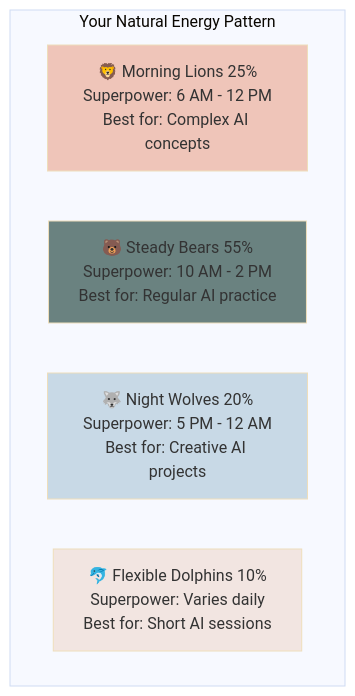
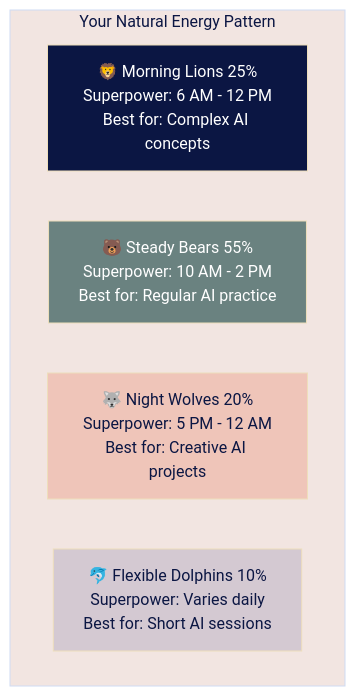
The third of 5 diagrams in how-to-learn-anything.md (ninabrenes/ai-for-normal-people), drawn with Mermaid (base theme) before and after one commit. The commit also changed other lines of this file, not shown here.

````diff
--- a/how-to-learn-anything.md
+++ b/how-to-learn-anything.md
@@ -93,14 +104,15 @@
 ```mermaid
 graph TD
     subgraph Chronotypes[Your Natural Energy Pattern]
         L[🦁 Morning Lions 25%<br/>Superpower: 6 AM - 12 PM<br/>Best for: Complex AI concepts]
         B[🐻 Steady Bears 55%<br/>Superpower: 10 AM - 2 PM<br/>Best for: Regular AI practice]
         W[🐺 Night Wolves 20%<br/>Superpower: 5 PM - 12 AM<br/>Best for: Creative AI projects]
         D[🐬 Flexible Dolphins 10%<br/>Superpower: Varies daily<br/>Best for: Short AI sessions]
     end
     
-    style L fill:#efc5b9
-    style B fill:#6a8280
-    style W fill:#c8d9e6
-    style D fill:#f2e5e1
+    style L fill:#0b1643,color:#ffffff
+    style B fill:#6a8280,color:#ffffff
+    style W fill:#efc5b9,color:#0b1643
+    style D fill:#d4c9d2,color:#0b1643
+    style Chronotypes fill:#f2e5e1,color:#0b1643
 ```
````
